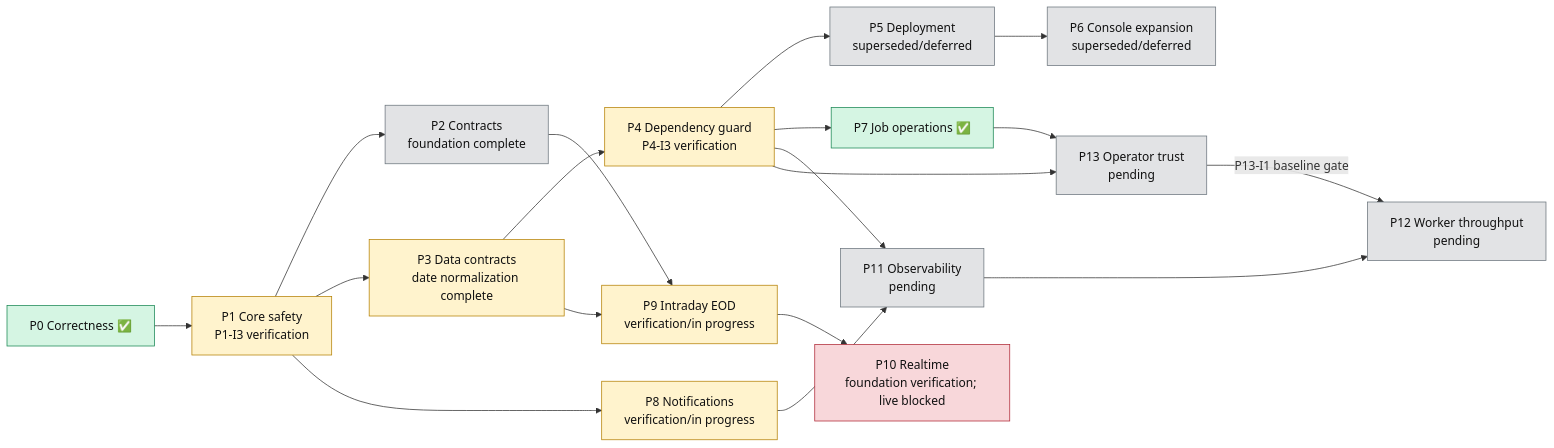
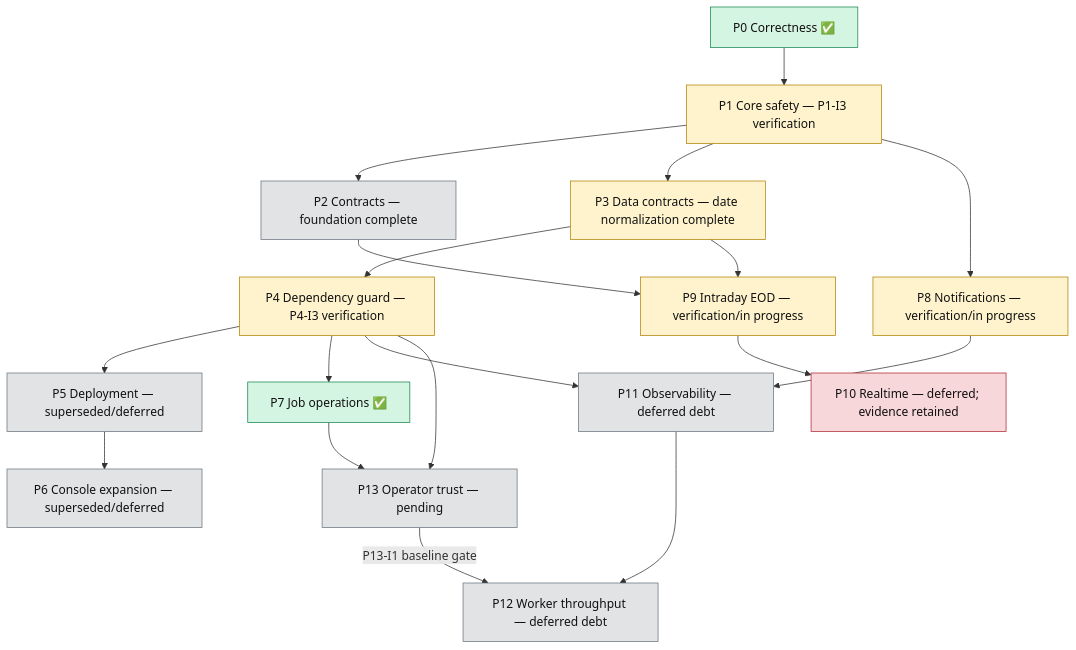
One commit to tanlocit9/omni changed the diagram in docs/plans/roadmap/README.md. Above: the diagram before and after it, drawn with Mermaid. The commit also changed other lines of this file and 35 other files, not shown here.

First line of the commit message:
docs: prioritize technical debt and align roadmap diagrams

````diff
--- a/docs/plans/roadmap/README.md
+++ b/docs/plans/roadmap/README.md
@@ -66,29 +68,29 @@
 ```mermaid
-flowchart LR
-    P0["P0 Correctness ✅"] --> P1["P1 Core safety<br/>P1-I3 verification"]
-    P1 --> P2["P2 Contracts<br/>foundation complete"]
-    P1 --> P3["P3 Data contracts<br/>date normalization complete"]
-    P3 --> P4["P4 Dependency guard<br/>P4-I3 verification"]
-    P4 --> P5["P5 Deployment<br/>superseded/deferred"]
-    P5 --> P6["P6 Console expansion<br/>superseded/deferred"]
+flowchart TD
+    P0["P0 Correctness ✅"] --> P1["P1 Core safety — P1-I3 verification"]
+    P1 --> P2["P2 Contracts — foundation complete"]
+    P1 --> P3["P3 Data contracts — date normalization complete"]
+    P3 --> P4["P4 Dependency guard — P4-I3 verification"]
+    P4 --> P5["P5 Deployment — superseded/deferred"]
+    P5 --> P6["P6 Console expansion — superseded/deferred"]
     P4 --> P7["P7 Job operations ✅"]
-    P1 --> P8["P8 Notifications<br/>verification/in progress"]
-    P2 --> P9["P9 Intraday EOD<br/>verification/in progress"]
+    P1 --> P8["P8 Notifications — verification/in progress"]
+    P2 --> P9["P9 Intraday EOD — verification/in progress"]
     P3 --> P9
-    P9 --> P10["P10 Realtime<br/>foundation verification; live blocked"]
-    P4 --> P11["P11 Observability<br/>pending"]
+    P9 --> P10["P10 Realtime — deferred; evidence retained"]
+    P4 --> P11["P11 Observability — deferred debt"]
     P8 --> P11
-    P4 --> P13["P13 Operator trust<br/>pending"]
+    P4 --> P13["P13 Operator trust — pending"]
     P7 --> P13
-    P11 --> P12["P12 Worker throughput<br/>pending"]
+    P11 --> P12["P12 Worker throughput — deferred debt"]
     P13 -->|"P13-I1 baseline gate"| P12
 
     classDef done fill:#d5f5e3,stroke:#198754,color:#111;
     classDef active fill:#fff3cd,stroke:#b58105,color:#111;
     classDef pending fill:#e2e3e5,stroke:#6c757d,color:#111;
     classDef blocked fill:#f8d7da,stroke:#b02a37,color:#111;
     class P0,P7 done;
     class P1,P3,P4,P8,P9 active;
     class P2,P5,P6,P11,P12,P13 pending;
     class P10 blocked;
 ```
````
